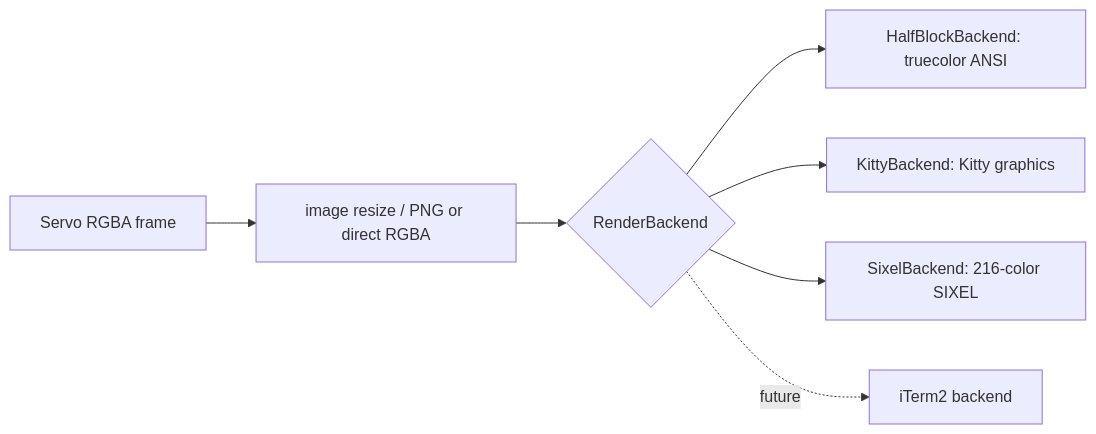
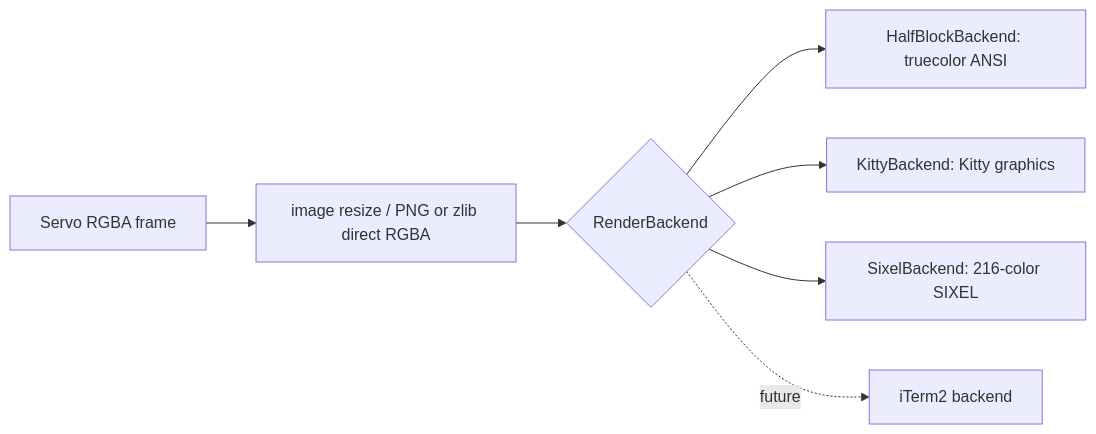
Before and after one commit to oyoguhito/fpasobrowser: the fifth of 5 diagrams in docs/flow.en.md, drawn with Mermaid. The commit also changed 11 other files, not shown here.

````diff
--- a/docs/flow.en.md
+++ b/docs/flow.en.md
@@ -106,9 +106,9 @@
 ```mermaid
 flowchart LR
-    A[Servo RGBA frame] --> B[image resize / PNG or direct RGBA]
+    A[Servo RGBA frame] --> B[image resize / PNG or zlib direct RGBA]
     B --> C{RenderBackend}
     C --> D[HalfBlockBackend: truecolor ANSI]
     C --> E[KittyBackend: Kitty graphics]
     C --> F[SixelBackend: 216-color SIXEL]
     C -. future .-> G[iTerm2 backend]
 ```
````
